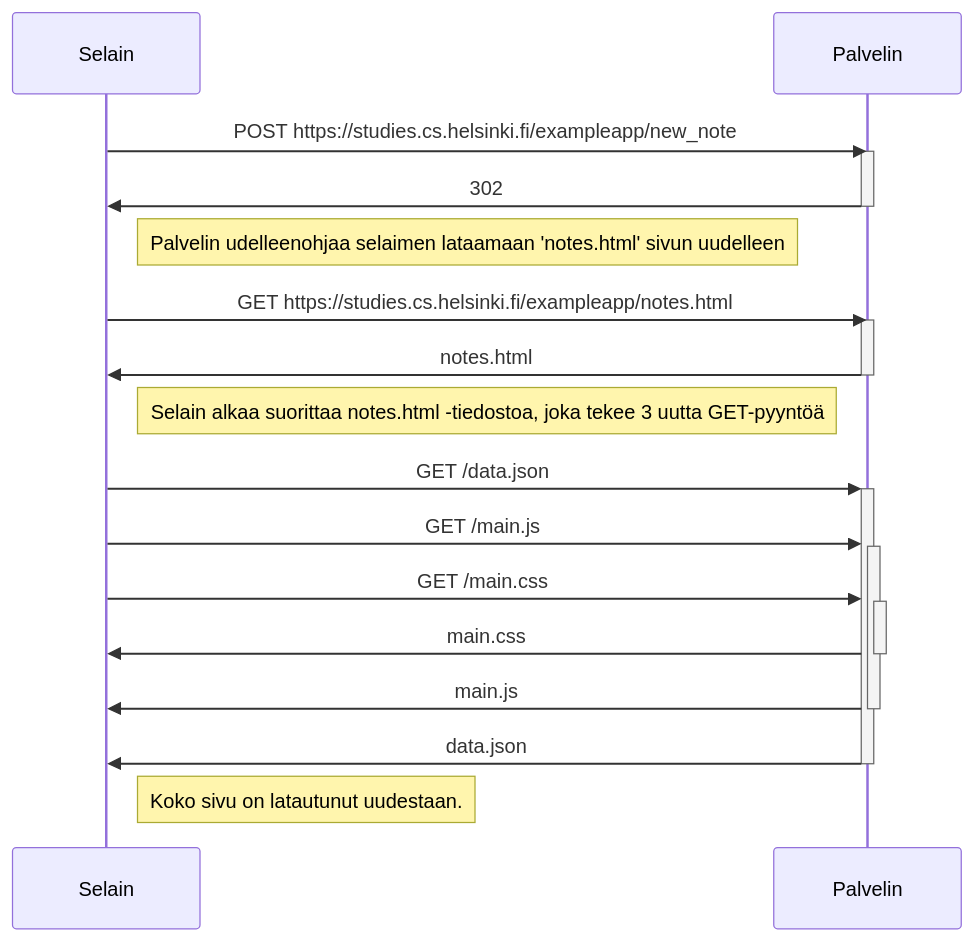
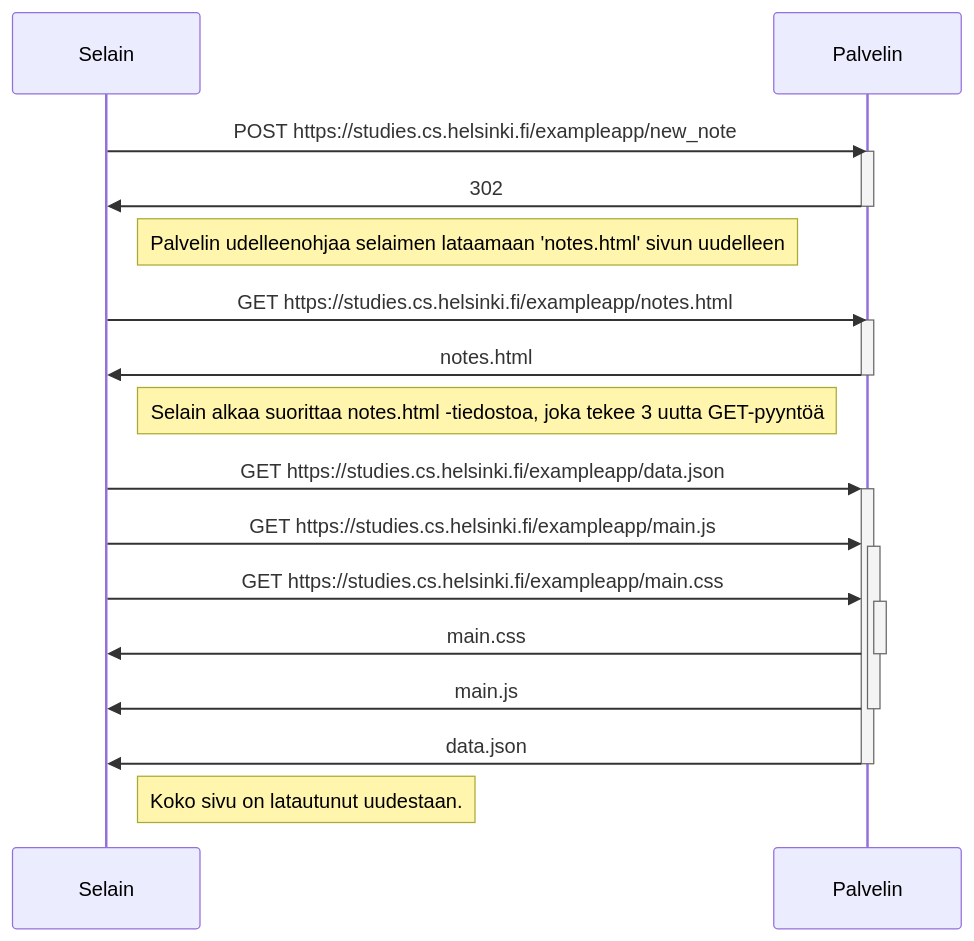
The diagram in 0.4.md (PasiParviainen/Fullstackosa0), drawn with Mermaid before and after one commit.

````diff
--- a/0.4.md
+++ b/0.4.md
@@ -1,28 +1,28 @@
 ```mermaid
 sequenceDiagram
   participant Selain
   participant Palvelin
 
   Selain->>Palvelin: POST https://studies.cs.helsinki.fi/exampleapp/new_note
   activate Palvelin
   Palvelin->>Selain: 302
   deactivate Palvelin
 
   Note right of Selain: Palvelin udelleenohjaa selaimen lataamaan 'notes.html' sivun uudelleen
 
   Selain->>Palvelin: GET https://studies.cs.helsinki.fi/exampleapp/notes.html
   activate Palvelin
   Palvelin->>Selain: notes.html
   deactivate Palvelin
 
   Note right of Selain: Selain alkaa suorittaa notes.html -tiedostoa, joka tekee 3 uutta GET-pyyntöä
 
-  Selain->>+Palvelin: GET /data.json
-  Selain->>+Palvelin: GET /main.js
-  Selain->>+Palvelin: GET /main.css
+  Selain->>+Palvelin: GET https://studies.cs.helsinki.fi/exampleapp/data.json
+  Selain->>+Palvelin: GET https://studies.cs.helsinki.fi/exampleapp/main.js
+  Selain->>+Palvelin: GET https://studies.cs.helsinki.fi/exampleapp/main.css
   Palvelin->>-Selain: main.css
   Palvelin->>-Selain: main.js
   Palvelin->>-Selain: data.json
 
   Note right of Selain: Koko sivu on latautunut uudestaan.
 ```
````
